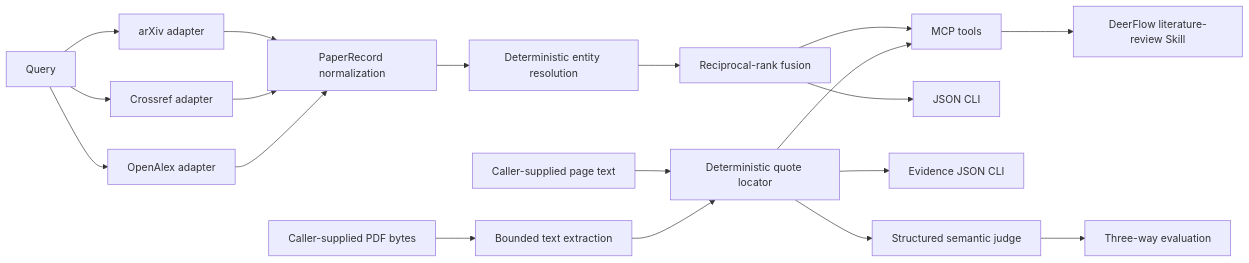
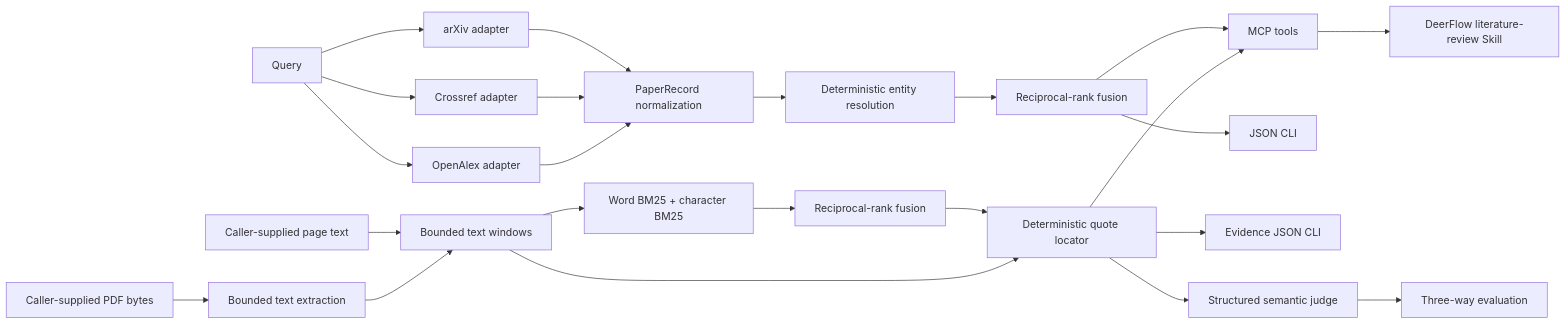
Before and after one commit to zhoujuntao611/deer-flow: the diagram in backend/packages/scholarflow-mcp/README.md, drawn with Mermaid. The commit also changed other lines of this file and 16 other files, not shown here.

````diff
--- a/backend/packages/scholarflow-mcp/README.md
+++ b/backend/packages/scholarflow-mcp/README.md
@@ -9,21 +9,25 @@
 ```mermaid
 flowchart LR
     Q[Query] --> A[arXiv adapter]
     Q --> C[Crossref adapter]
     Q --> O[OpenAlex adapter]
     A --> N[PaperRecord normalization]
     C --> N
     O --> N
     N --> D[Deterministic entity resolution]
     D --> R[Reciprocal-rank fusion]
     R --> M[MCP tools]
     R --> L[JSON CLI]
     M --> S[DeerFlow literature-review Skill]
-    P[Caller-supplied page text] --> E[Deterministic quote locator]
+    P[Caller-supplied page text] --> T[Bounded text windows]
     B[Caller-supplied PDF bytes] --> X[Bounded text extraction]
-    X --> E
+    X --> T
+    T --> H[Word BM25 + character BM25]
+    H --> RF[Reciprocal-rank fusion]
+    RF --> E[Deterministic quote locator]
+    T --> E
     E --> M
     E --> V[Evidence JSON CLI]
     E --> J[Structured semantic judge]
     J --> F[Three-way evaluation]
 ```
````
